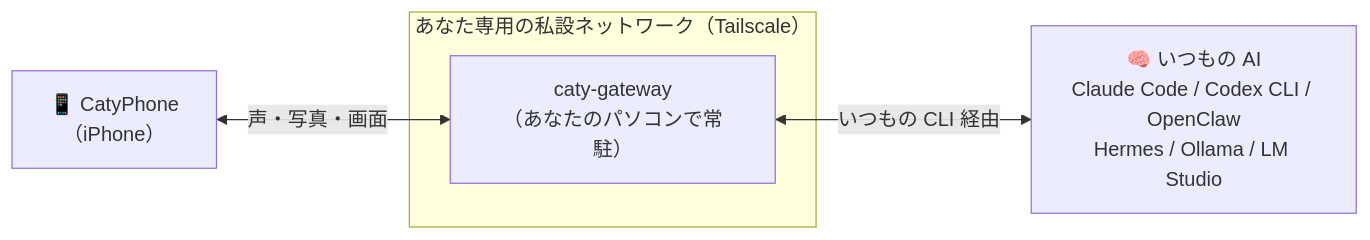
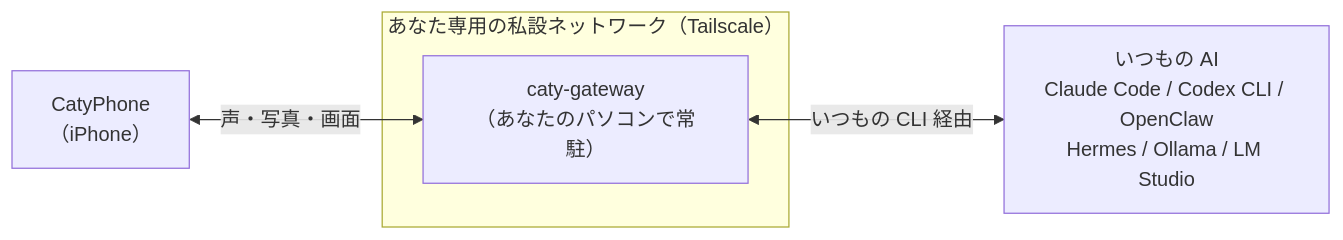
The diagram in README.ja.md (caty-ai/caty-gateway), drawn with Mermaid before and after one commit. The commit also changed other lines of this file and 8 other files, not shown here.

````diff
--- a/README.ja.md
+++ b/README.ja.md
@@ -52,10 +52,10 @@
 ```mermaid
 flowchart LR
-    phone["📱 CatyPhone<br/>（iPhone）"]
+    phone["CatyPhone<br/>（iPhone）"]
     subgraph tailnet["あなた専用の私設ネットワーク（Tailscale）"]
         gw["caty-gateway<br/>（あなたのパソコンで常駐）"]
     end
-    ai["🧠 いつもの AI<br/>Claude Code / Codex CLI / OpenClaw<br/>Hermes / Ollama / LM Studio"]
+    ai["いつもの AI<br/>Claude Code / Codex CLI / OpenClaw<br/>Hermes / Ollama / LM Studio"]
     phone <-- "声・写真・画面" --> gw
     gw <-- "いつもの CLI 経由" --> ai
 ```
````
